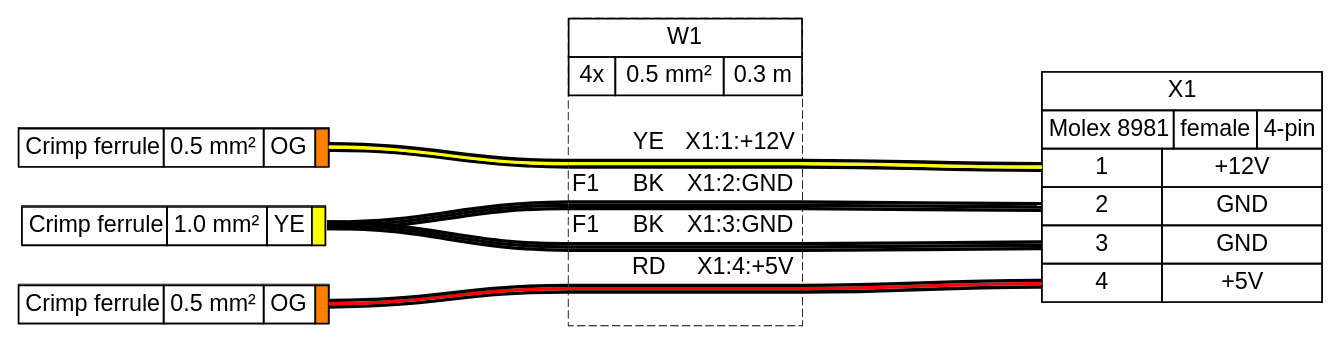
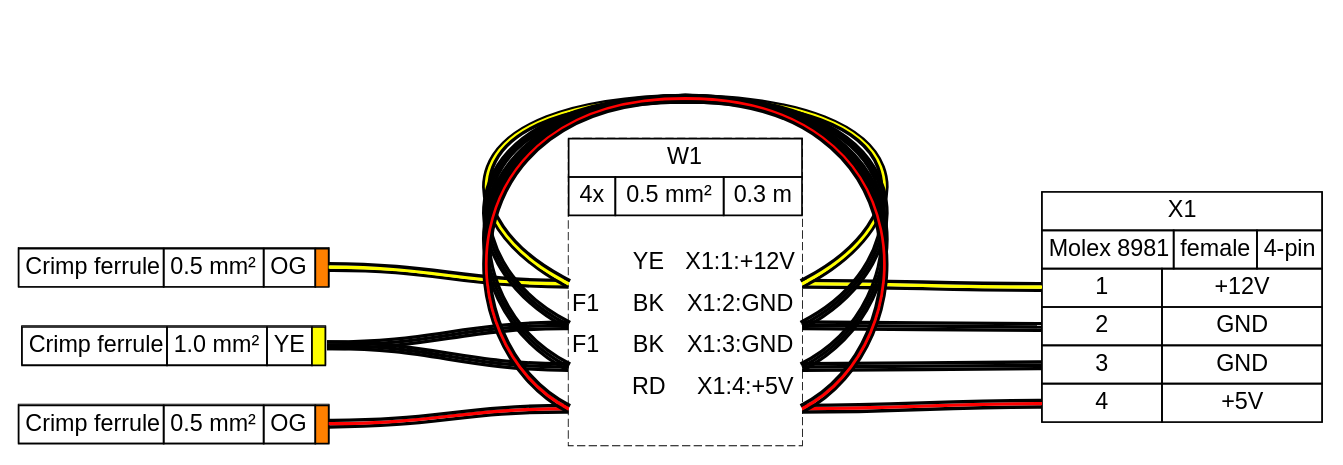
Before and after one commit to tobiasfalk/WireViz: the diagram in tutorial/tutorial06.gv, drawn with Graphviz. The commit also changed 137 other files, not shown here.

```diff
--- a/tutorial/tutorial06.gv
+++ b/tutorial/tutorial06.gv
@@ -135,19 +135,7 @@
      <td align="right">X1:1:+12V </td>
     </tr>
     <tr>
-     <td border="0" cellspacing="0" cellpadding="0" colspan="6" height="6" port="w1">
-      <table border="0" cellborder="0" cellspacing="0">
-       <tr>
-        <td bgcolor="#000000" border="0" cellpadding="0" colspan="6" height="2"></td>
-       </tr>
-       <tr>
-        <td bgcolor="#FFFF00" border="0" cellpadding="0" colspan="6" height="2"></td>
-       </tr>
-       <tr>
-        <td bgcolor="#000000" border="0" cellpadding="0" colspan="6" height="2"></td>
-       </tr>
-      </table>
-     </td>
+     <td border="0" cellspacing="0" cellpadding="0" colspan="6" height="6" port="w1"></td>
     </tr>
     <tr>
      <td align="left"> F1</td>
@@ -158,19 +146,7 @@
      <td align="right">X1:2:GND </td>
     </tr>
     <tr>
-     <td border="0" cellspacing="0" cellpadding="0" colspan="6" height="6" port="w2">
-      <table border="0" cellborder="0" cellspacing="0">
-       <tr>
-        <td bgcolor="#000000" border="0" cellpadding="0" colspan="6" height="2"></td>
-       </tr>
-       <tr>
-        <td bgcolor="#000000" border="0" cellpadding="0" colspan="6" height="2"></td>
-       </tr>
-       <tr>
-        <td bgcolor="#000000" border="0" cellpadding="0" colspan="6" height="2"></td>
-       </tr>
-      </table>
-     </td>
+     <td border="0" cellspacing="0" cellpadding="0" colspan="6" height="6" port="w2"></td>
     </tr>
     <tr>
      <td align="left"> F1</td>
@@ -181,19 +157,7 @@
      <td align="right">X1:3:GND </td>
     </tr>
     <tr>
-     <td border="0" cellspacing="0" cellpadding="0" colspan="6" height="6" port="w3">
-      <table border="0" cellborder="0" cellspacing="0">
-       <tr>
-        <td bgcolor="#000000" border="0" cellpadding="0" colspan="6" height="2"></td>
-       </tr>
-       <tr>
-        <td bgcolor="#000000" border="0" cellpadding="0" colspan="6" height="2"></td>
-       </tr>
-       <tr>
-        <td bgcolor="#000000" border="0" cellpadding="0" colspan="6" height="2"></td>
-       </tr>
-      </table>
-     </td>
+     <td border="0" cellspacing="0" cellpadding="0" colspan="6" height="6" port="w3"></td>
     </tr>
     <tr>
      <td align="left"> </td>
@@ -204,19 +168,7 @@
      <td align="right">X1:4:+5V </td>
     </tr>
     <tr>
-     <td border="0" cellspacing="0" cellpadding="0" colspan="6" height="6" port="w4">
-      <table border="0" cellborder="0" cellspacing="0">
-       <tr>
-        <td bgcolor="#000000" border="0" cellpadding="0" colspan="6" height="2"></td>
-       </tr>
-       <tr>
-        <td bgcolor="#FF0000" border="0" cellpadding="0" colspan="6" height="2"></td>
-       </tr>
-       <tr>
-        <td bgcolor="#000000" border="0" cellpadding="0" colspan="6" height="2"></td>
-       </tr>
-      </table>
-     </td>
+     <td border="0" cellspacing="0" cellpadding="0" colspan="6" height="6" port="w4"></td>
     </tr>
     <tr>
      <td>&nbsp;</td>
@@ -238,4 +190,8 @@
 	edge [color="#000000:#FF0000:#000000"]
 	AUTOGENERATED_F_05_2:e -- W1:w4:w
 	W1:w4:e -- X1:p4l:w
+	W1:w1:e -- W1:w1:w [color="#000000:#FFFF00:#000000" straight=straight]
+	W1:w2:e -- W1:w2:w [color="#000000:#000000:#000000" straight=straight]
+	W1:w3:e -- W1:w3:w [color="#000000:#000000:#000000" straight=straight]
+	W1:w4:e -- W1:w4:w [color="#000000:#FF0000:#000000" straight=straight]
 }
```
